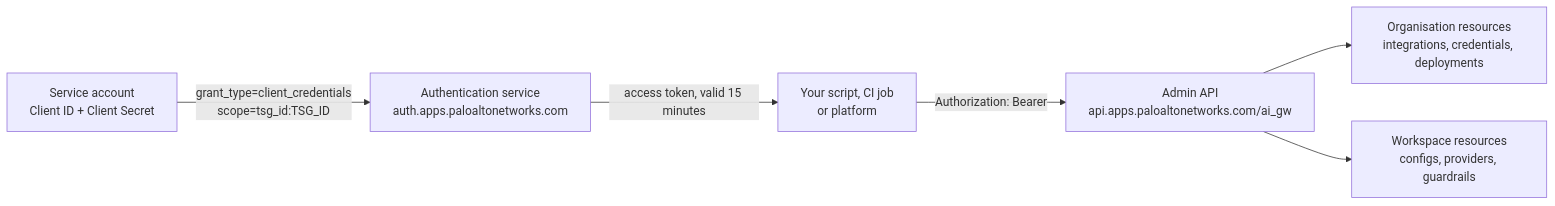
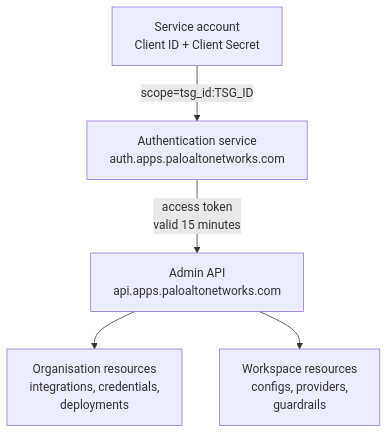
The first of 2 diagrams in aigw/api-reference/admin-api/introduction.mdx (Portkey-AI/docs-core), drawn with Mermaid before and after one commit. The commit also changed other lines of this file and 1 other file, not shown here.

First line of the commit message:
docs(aigw): redraw the Admin API diagrams so the labels stay readable

````diff
--- a/aigw/api-reference/admin-api/introduction.mdx
+++ b/aigw/api-reference/admin-api/introduction.mdx
@@ -10,15 +10,13 @@
 ```mermaid
-graph LR
+graph TD
     SA["Service account<br/>Client ID + Client Secret"]
     AUTH["Authentication service<br/>auth.apps.paloaltonetworks.com"]
-    APP["Your script, CI job<br/>or platform"]
-    ADMIN["Admin API<br/>api.apps.paloaltonetworks.com/ai_gw"]
-    ORG["Organisation resources<br/>integrations, credentials, deployments"]
-    WS["Workspace resources<br/>configs, providers, guardrails"]
+    ADMIN["Admin API<br/>api.apps.paloaltonetworks.com"]
+    ORG["Organisation resources<br/>integrations, credentials,<br/>deployments"]
+    WS["Workspace resources<br/>configs, providers,<br/>guardrails"]
 
-    SA -->|"grant_type=client_credentials<br/>scope=tsg_id:TSG_ID"| AUTH
-    AUTH -->|"access token, valid 15 minutes"| APP
-    APP -->|"Authorization: Bearer"| ADMIN
+    SA -->|"scope=tsg_id:TSG_ID"| AUTH
+    AUTH -->|"access token<br/>valid 15 minutes"| ADMIN
     ADMIN --> ORG
     ADMIN --> WS
 ```
````
